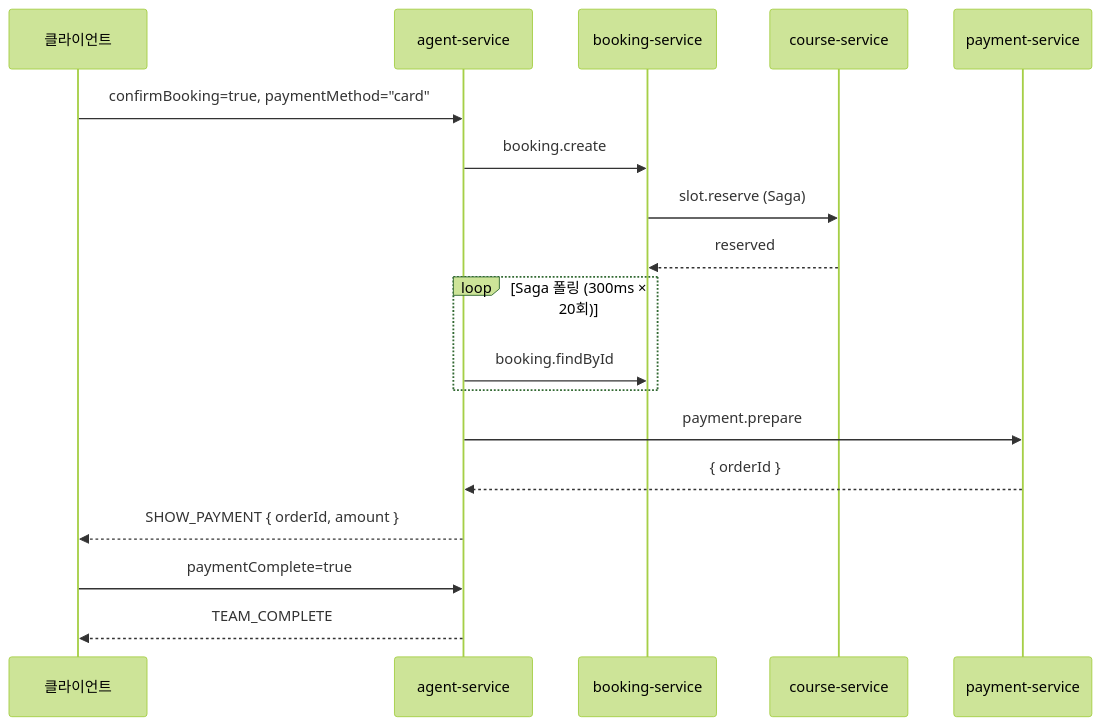
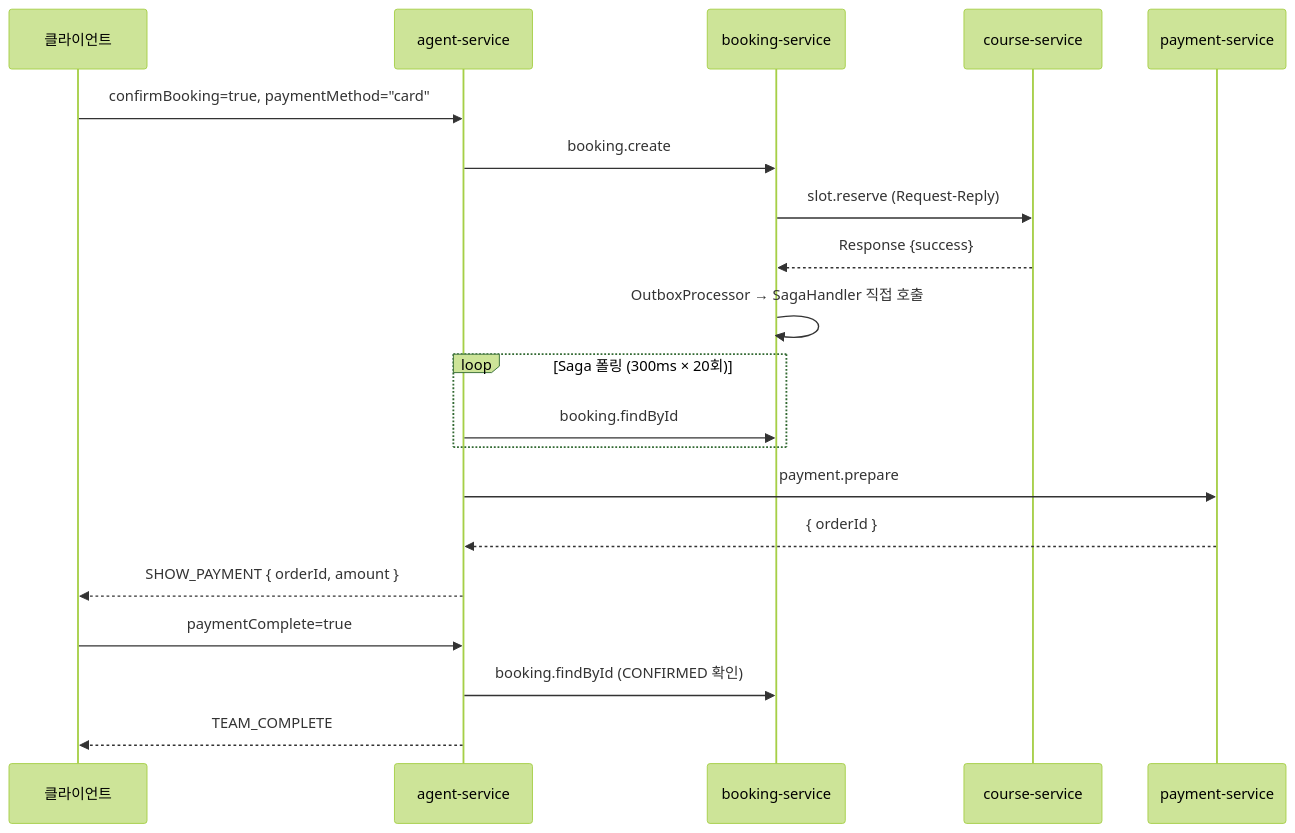
The second of 3 diagrams in docs/workflow/AGENT.md (uniyous/parkgolf-platform), drawn with Mermaid (forest theme) before and after one commit. The commit also changed other lines of this file and 5 other files, not shown here.

First line of the commit message:
docs: 제안서 및 워크플로우 문서 업데이트

````diff
--- a/docs/workflow/AGENT.md
+++ b/docs/workflow/AGENT.md
@@ -335,23 +335,25 @@
 ```mermaid
 sequenceDiagram
     participant App as 클라이언트
     participant Agent as agent-service
     participant Book as booking-service
     participant Course as course-service
     participant Pay as payment-service
 
     App->>Agent: confirmBooking=true, paymentMethod="card"
     Agent->>Book: booking.create
-    Book->>Course: slot.reserve (Saga)
-    Course-->>Book: reserved
+    Book->>Course: slot.reserve (Request-Reply)
+    Course-->>Book: Response {success}
+    Book->>Book: OutboxProcessor → SagaHandler 직접 호출
 
     loop Saga 폴링 (300ms × 20회)
         Agent->>Book: booking.findById
     end
 
     Agent->>Pay: payment.prepare
     Pay-->>Agent: { orderId }
     Agent-->>App: SHOW_PAYMENT { orderId, amount }
     App->>Agent: paymentComplete=true
+    Agent->>Book: booking.findById (CONFIRMED 확인)
     Agent-->>App: TEAM_COMPLETE
 ```
````
